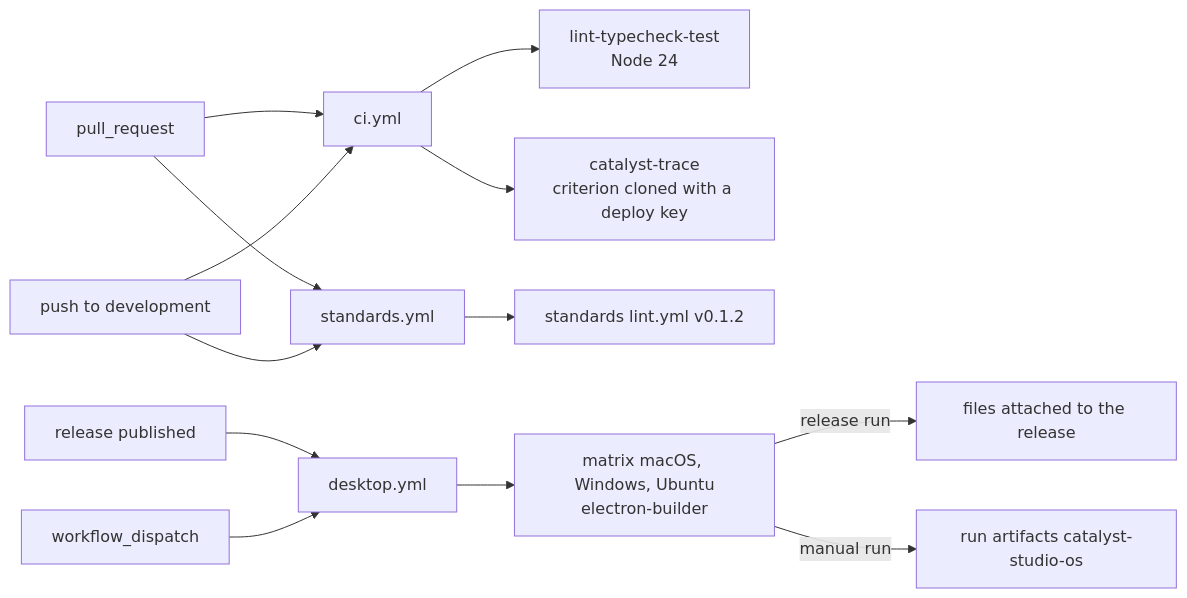
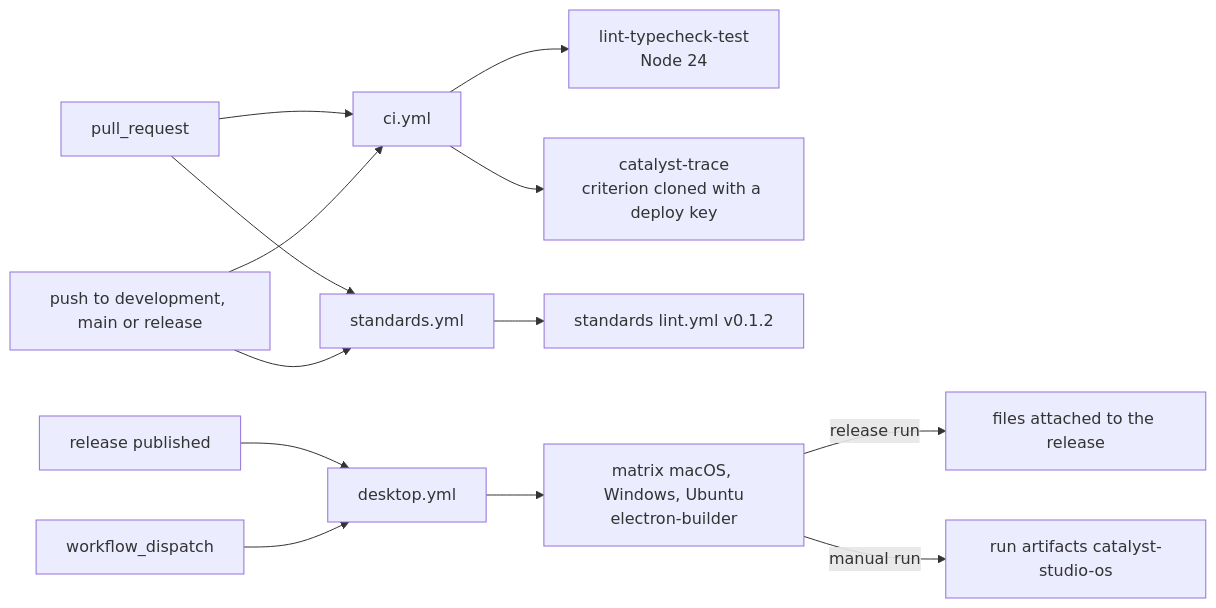
One commit to cantica-tech/catalyst-docs changed diagram 16 of 16 in docs/guide/manual/70-catalyst-ui.md. Above: the diagram before and after it, drawn with Mermaid. The commit also changed other lines of this file and 9 other files, not shown here.

````diff
--- a/docs/guide/manual/70-catalyst-ui.md
+++ b/docs/guide/manual/70-catalyst-ui.md
@@ -1039,15 +1071,15 @@
 ```mermaid
 flowchart LR
   PR["pull_request"] --> CI["ci.yml"]
-  PUSH["push to development"] --> CI
+  PUSH["push to development, main or release"] --> CI
   PR --> STD["standards.yml"]
   PUSH --> STD
   REL["release published"] --> DSK["desktop.yml"]
   WD["workflow_dispatch"] --> DSK
   CI --> J1["lint-typecheck-test<br/>Node 24"]
   CI --> J2["catalyst-trace<br/>criterion cloned with a deploy key"]
   STD --> J3["standards lint.yml v0.1.2"]
   DSK --> J4["matrix macOS, Windows, Ubuntu<br/>electron-builder"]
   J4 -->|"release run"| UP["files attached to the release"]
   J4 -->|"manual run"| ART["run artifacts catalyst-studio-os"]
 ```
````
